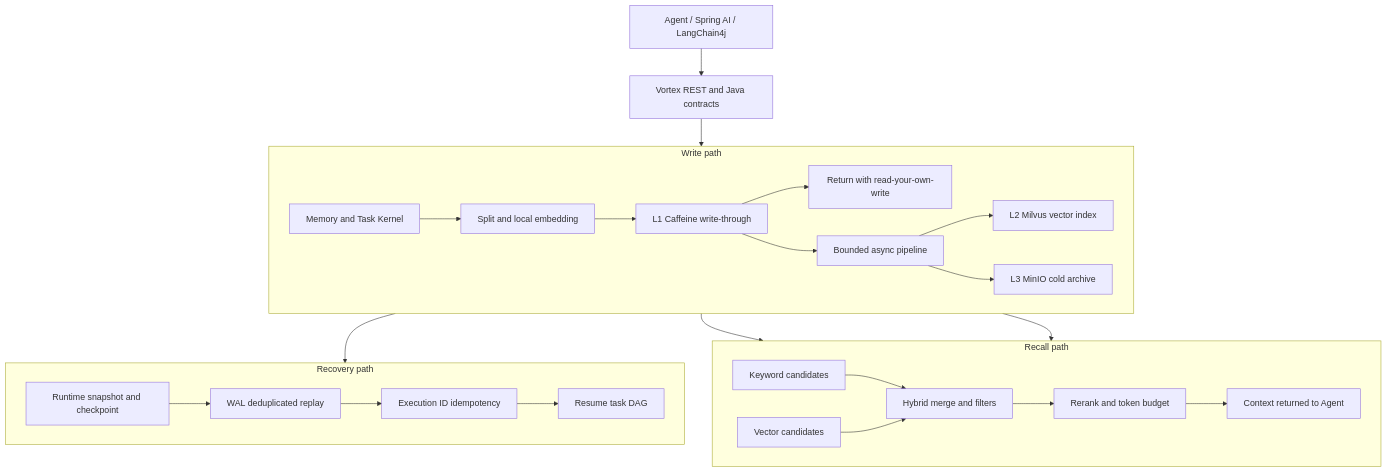
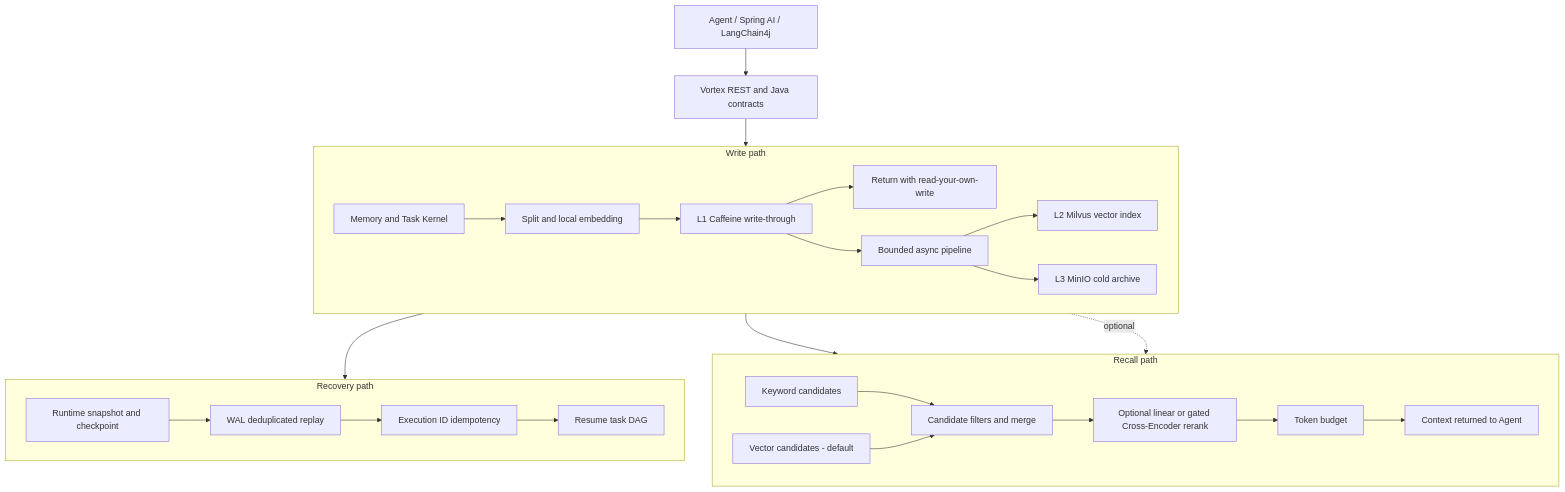
The diagram in README.md (HaibaraAi2517/Vortex), drawn with Mermaid before and after one commit. The commit also changed other lines of this file and 32 other files, not shown here.

````diff
--- a/README.md
+++ b/README.md
@@ -32,33 +36,34 @@
 ```mermaid
 flowchart TB
     A[Agent / Spring AI / LangChain4j] --> API[Vortex REST and Java contracts]
     API --> K[Memory and Task Kernel]
 
     subgraph W[Write path]
         direction LR
         K --> E[Split and local embedding]
         E --> L1[L1 Caffeine write-through]
         L1 --> ACK[Return with read-your-own-write]
         L1 --> P[Bounded async pipeline]
         P --> L2[L2 Milvus vector index]
         P --> L3[L3 MinIO cold archive]
     end
 
     subgraph R[Recall path]
         direction LR
-        K --> KW[Keyword candidates]
-        K --> VC[Vector candidates]
-        KW --> H[Hybrid merge and filters]
+        K --> VC[Vector candidates - default]
+        K -. optional .-> KW[Keyword candidates]
+        KW --> H[Candidate filters and merge]
         VC --> H
-        H --> B[Rerank and token budget]
-        B --> CTX[Context returned to Agent]
+        H --> B[Optional linear or gated Cross-Encoder rerank]
+        B --> T[Token budget]
+        T --> CTX[Context returned to Agent]
     end
 
     subgraph S[Recovery path]
         direction LR
         K --> CP[Runtime snapshot and checkpoint]
         CP --> WAL[WAL deduplicated replay]
         WAL --> ID[Execution ID idempotency]
         ID --> RES[Resume task DAG]
     end
 ```
````
